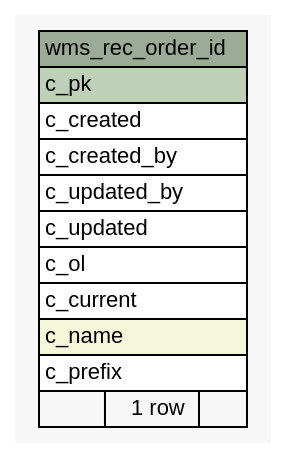
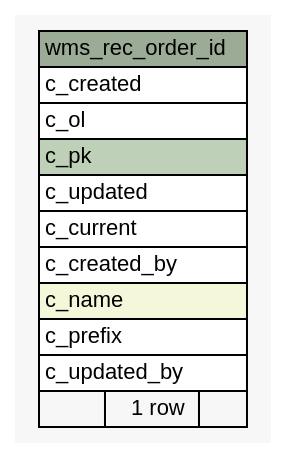
The diagram in 1.0.0-SNAPSHOT/schemaspy/diagrams/summary/wms_rec_order_id.1degree.dot (openwms/org.openwms.wms.receiving.lib), drawn with Graphviz before and after one commit. The commit also changed 508 other files, not shown here.

```diff
--- a/1.0.0-SNAPSHOT/schemaspy/diagrams/summary/wms_rec_order_id.1degree.dot
+++ b/1.0.0-SNAPSHOT/schemaspy/diagrams/summary/wms_rec_order_id.1degree.dot
@@ -1,38 +1,38 @@
-// dot 2.43.0 on Linux 6.2.0-1016-azure
+// dot 2.43.0 on Linux 6.5.0-1022-azure
 // SchemaSpy rev Unknown
 digraph "wms_rec_order_id" {
   graph [
     rankdir="RL"
     bgcolor="#f7f7f7"
     nodesep="0.18"
     ranksep="0.46"
     fontname="Helvetica"
     fontsize="11"
   ];
   node [
     fontname="Helvetica"
     fontsize="11"
     shape="plaintext"
   ];
   edge [
     arrowsize="0.8"
   ];
   "wms_rec_order_id" [
     label=<
     <TABLE BORDER="0" CELLBORDER="1" CELLSPACING="0" BGCOLOR="#ffffff">
       <TR><TD COLSPAN="3" BGCOLOR="#9bab96" ALIGN="CENTER">wms_rec_order_id</TD></TR>
+      <TR><TD PORT="c_created" COLSPAN="3" ALIGN="LEFT">c_created</TD></TR>
+      <TR><TD PORT="c_ol" COLSPAN="3" ALIGN="LEFT">c_ol</TD></TR>
       <TR><TD PORT="c_pk" COLSPAN="3" BGCOLOR="#bed1b8" ALIGN="LEFT">c_pk</TD></TR>
-      <TR><TD PORT="c_created" COLSPAN="3" ALIGN="LEFT">c_created</TD></TR>
+      <TR><TD PORT="c_updated" COLSPAN="3" ALIGN="LEFT">c_updated</TD></TR>
+      <TR><TD PORT="c_current" COLSPAN="3" ALIGN="LEFT">c_current</TD></TR>
       <TR><TD PORT="c_created_by" COLSPAN="3" ALIGN="LEFT">c_created_by</TD></TR>
-      <TR><TD PORT="c_updated_by" COLSPAN="3" ALIGN="LEFT">c_updated_by</TD></TR>
-      <TR><TD PORT="c_updated" COLSPAN="3" ALIGN="LEFT">c_updated</TD></TR>
-      <TR><TD PORT="c_ol" COLSPAN="3" ALIGN="LEFT">c_ol</TD></TR>
-      <TR><TD PORT="c_current" COLSPAN="3" ALIGN="LEFT">c_current</TD></TR>
       <TR><TD PORT="c_name" COLSPAN="3" BGCOLOR="#f4f7da" ALIGN="LEFT">c_name</TD></TR>
       <TR><TD PORT="c_prefix" COLSPAN="3" ALIGN="LEFT">c_prefix</TD></TR>
+      <TR><TD PORT="c_updated_by" COLSPAN="3" ALIGN="LEFT">c_updated_by</TD></TR>
       <TR><TD ALIGN="LEFT" BGCOLOR="#f7f7f7">  </TD><TD ALIGN="RIGHT" BGCOLOR="#f7f7f7">1 row</TD><TD ALIGN="RIGHT" BGCOLOR="#f7f7f7">  </TD></TR>
     </TABLE>>
     URL="tables/wms_rec_order_id.html"
     tooltip="wms_rec_order_id"
   ];
 }
```
